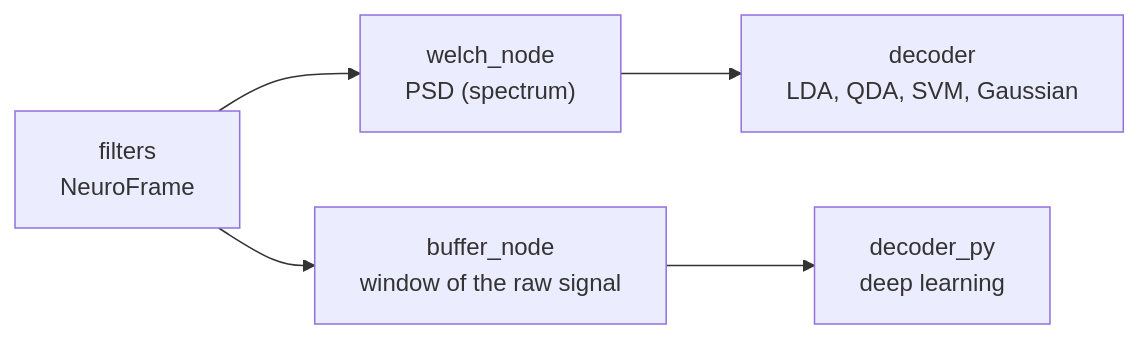
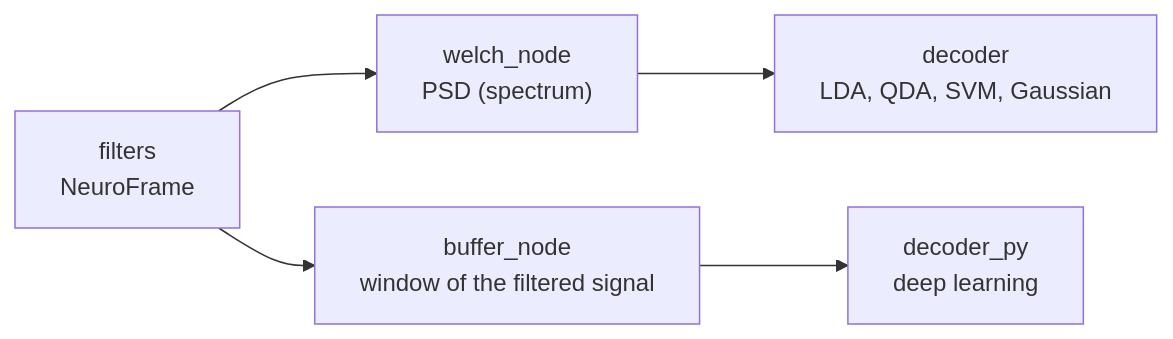
Before and after one commit to ros2neuro/docs: the diagram in docs/packages/processing/index.md, drawn with Mermaid. The commit also changed 104 other files, not shown here.

````diff
--- a/docs/packages/processing/index.md
+++ b/docs/packages/processing/index.md
@@ -15,5 +15,5 @@
 ```mermaid
 flowchart LR
     FIL["filters<br/>NeuroFrame"] --> WEL["welch_node<br/>PSD (spectrum)"] --> CLA["decoder<br/>LDA, QDA, SVM, Gaussian"]
-    FIL --> BUF["buffer_node<br/>window of the raw signal"] --> DL["decoder_py<br/>deep learning"]
+    FIL --> BUF["buffer_node<br/>window of the filtered signal"] --> DL["decoder_py<br/>deep learning"]
 ```
````
